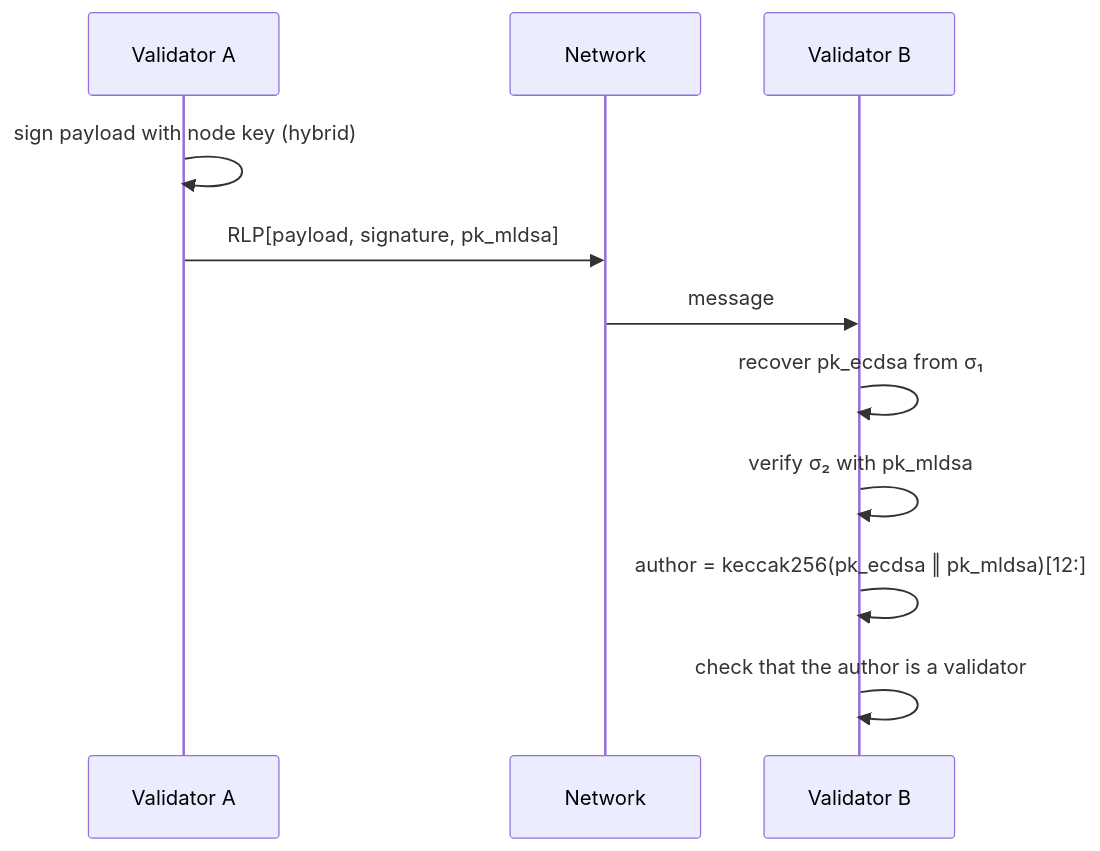
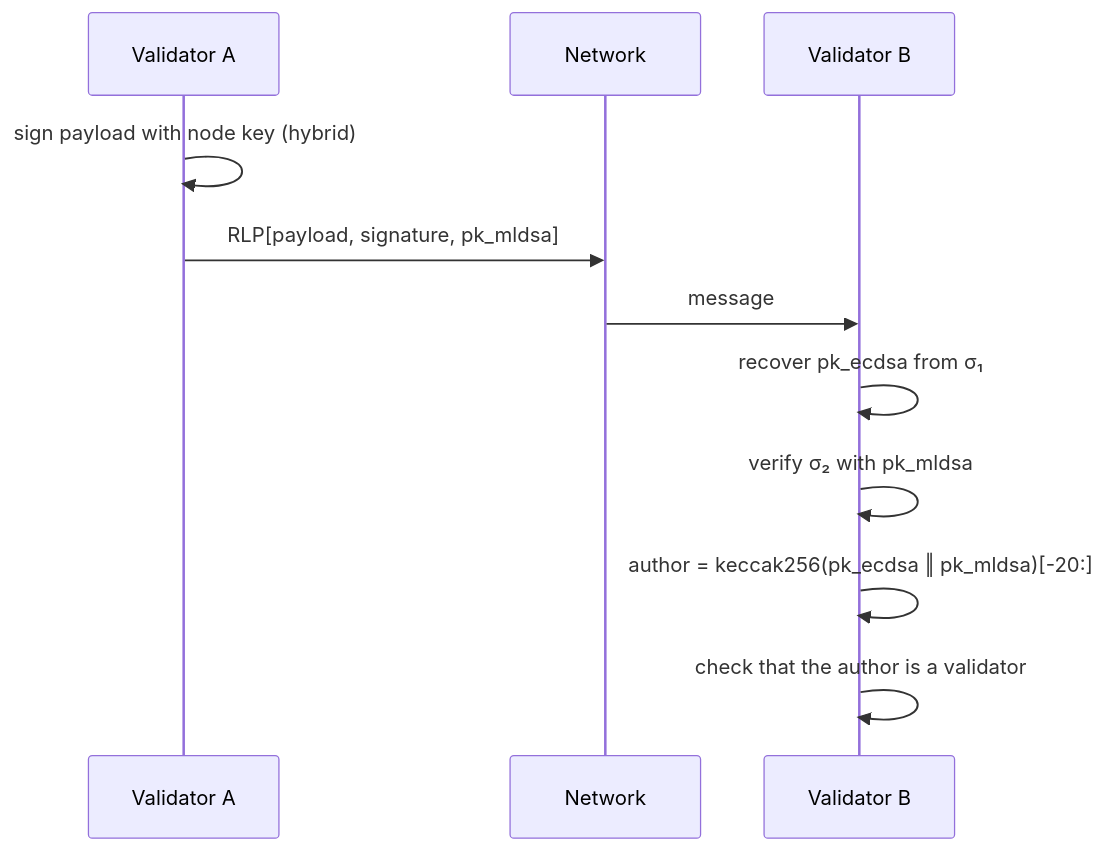
Before and after one commit to venturusbr/besu-pqc-ppi: the fourth of 4 diagrams in docs/pqc/02-architecture.md, drawn with Mermaid. The commit also changed other lines of this file and 11 other files, not shown here.

````diff
--- a/docs/pqc/02-architecture.md
+++ b/docs/pqc/02-architecture.md
@@ -129,13 +129,13 @@
 ```mermaid
 sequenceDiagram
   participant A as Validator A
   participant N as Network
   participant Bv as Validator B
   A->>A: sign payload with node key (hybrid)
   A->>N: RLP[payload, signature, pk_mldsa]
   N->>Bv: message
   Bv->>Bv: recover pk_ecdsa from σ₁
   Bv->>Bv: verify σ₂ with pk_mldsa
-  Bv->>Bv: author = keccak256(pk_ecdsa ‖ pk_mldsa)[12:]
+  Bv->>Bv: author = keccak256(pk_ecdsa ‖ pk_mldsa)[-20:]
   Bv->>Bv: check that the author is a validator
 ```
````
